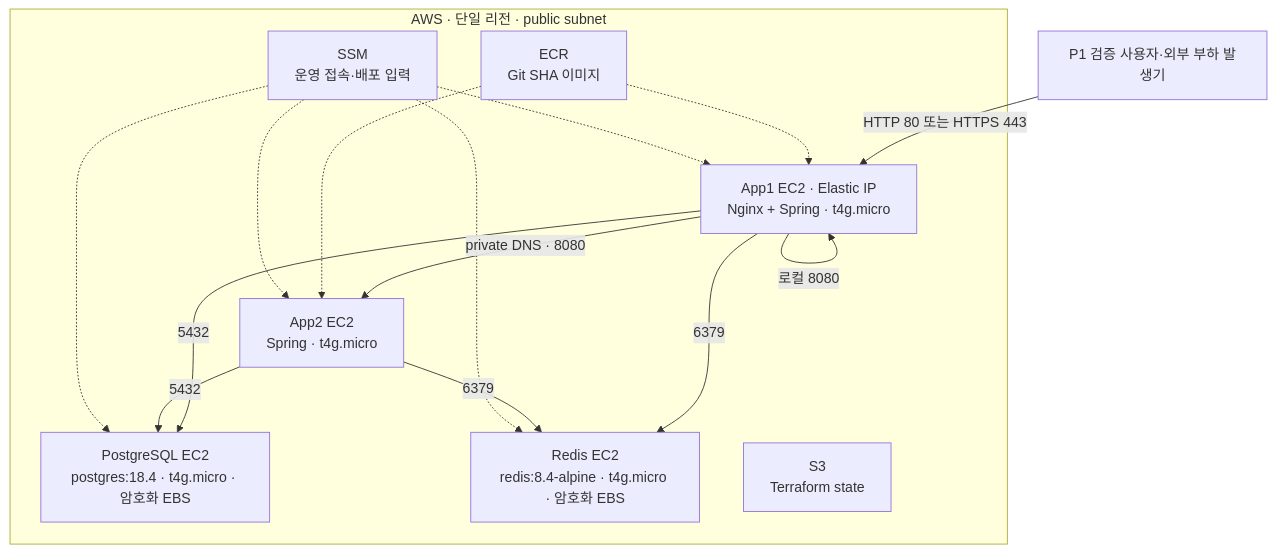
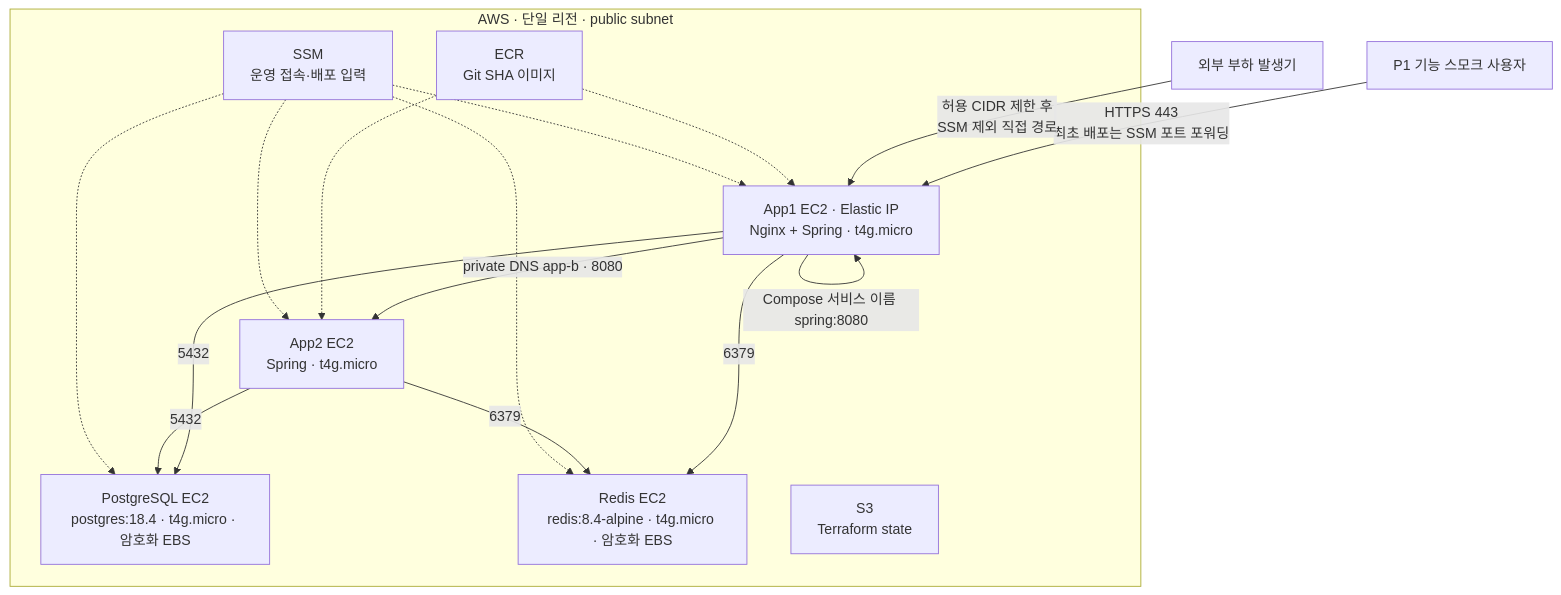
One commit to bamsongi-club/albam-mate changed the first of 2 diagrams in docs/guides/AWS_MULTI_INSTANCE_INFRASTRUCTURE.md. Above: the diagram before and after it, drawn with Mermaid. The commit also changed other lines of this file, not shown here.

````diff
--- a/docs/guides/AWS_MULTI_INSTANCE_INFRASTRUCTURE.md
+++ b/docs/guides/AWS_MULTI_INSTANCE_INFRASTRUCTURE.md
@@ -38,27 +39,28 @@
 ```mermaid
 flowchart TB
-    USER["P1 검증 사용자·외부 부하 발생기"] -->|"HTTP 80 또는 HTTPS 443"| NGINX["App1 EC2 · Elastic IP<br/>Nginx + Spring · t4g.micro"]
+    USER["P1 기능 스모크 사용자"] -->|"HTTPS 443<br/>최초 배포는 SSM 포트 포워딩"| NGINX["App1 EC2 · Elastic IP<br/>Nginx + Spring · t4g.micro"]
+    LOADGEN["외부 부하 발생기"] -->|"허용 CIDR 제한 후<br/>SSM 제외 직접 경로"| NGINX
 
     subgraph AWS["AWS · 단일 리전 · public subnet"]
         NGINX
         APP2["App2 EC2<br/>Spring · t4g.micro"]
         DB["PostgreSQL EC2<br/>postgres:18.4 · t4g.micro · 암호화 EBS"]
         REDIS["Redis EC2<br/>redis:8.4-alpine · t4g.micro · 암호화 EBS"]
         ECR["ECR<br/>Git SHA 이미지"]
         SSM["SSM<br/>운영 접속·배포 입력"]
         STATE["S3<br/>Terraform state"]
     end
 
-    NGINX -->|"로컬 8080"| NGINX
-    NGINX -->|"private DNS · 8080"| APP2
+    NGINX -->|"Compose 서비스 이름 spring:8080"| NGINX
+    NGINX -->|"private DNS app-b · 8080"| APP2
     NGINX -->|"5432"| DB
     APP2 -->|"5432"| DB
     NGINX -->|"6379"| REDIS
     APP2 -->|"6379"| REDIS
     ECR -.-> NGINX
     ECR -.-> APP2
     SSM -.-> NGINX
     SSM -.-> APP2
     SSM -.-> DB
     SSM -.-> REDIS
 ```
````
